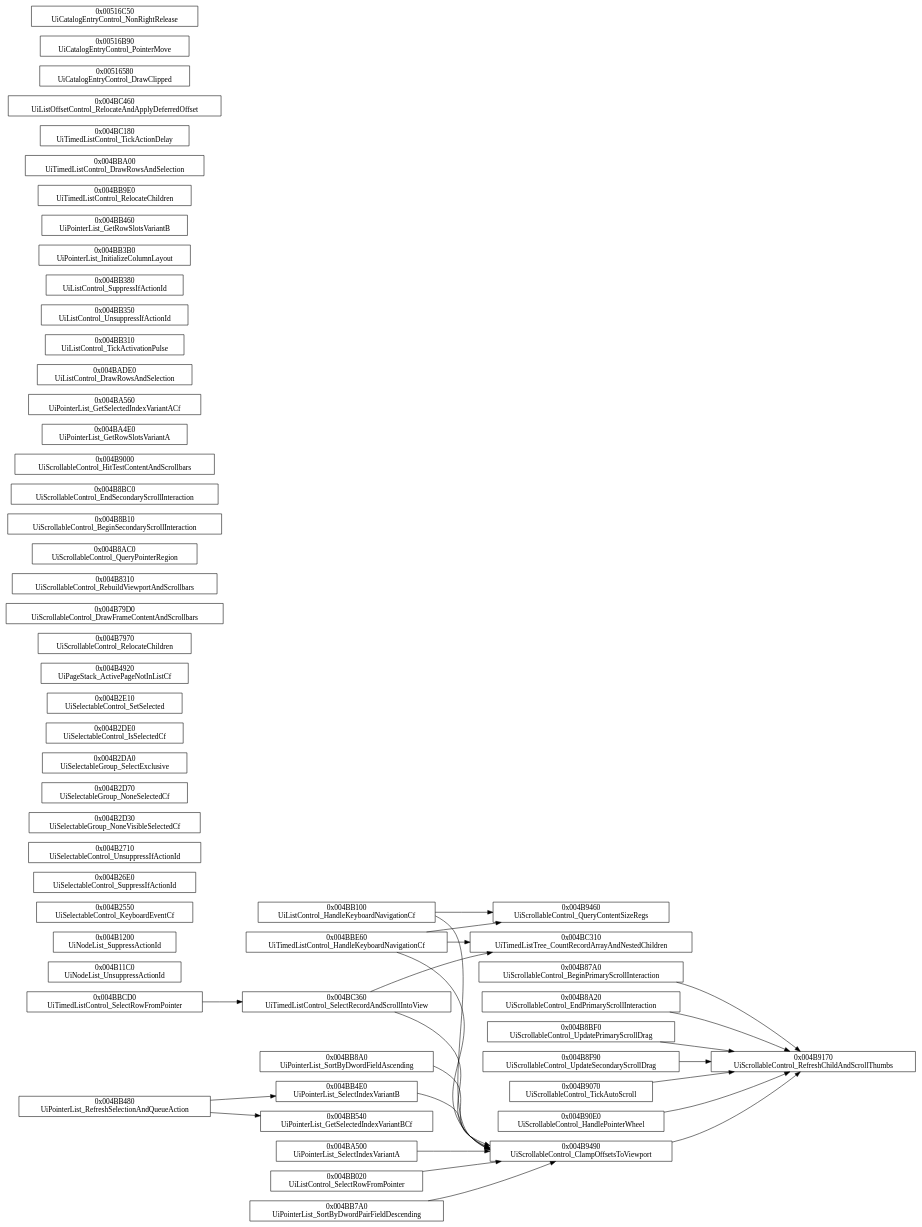
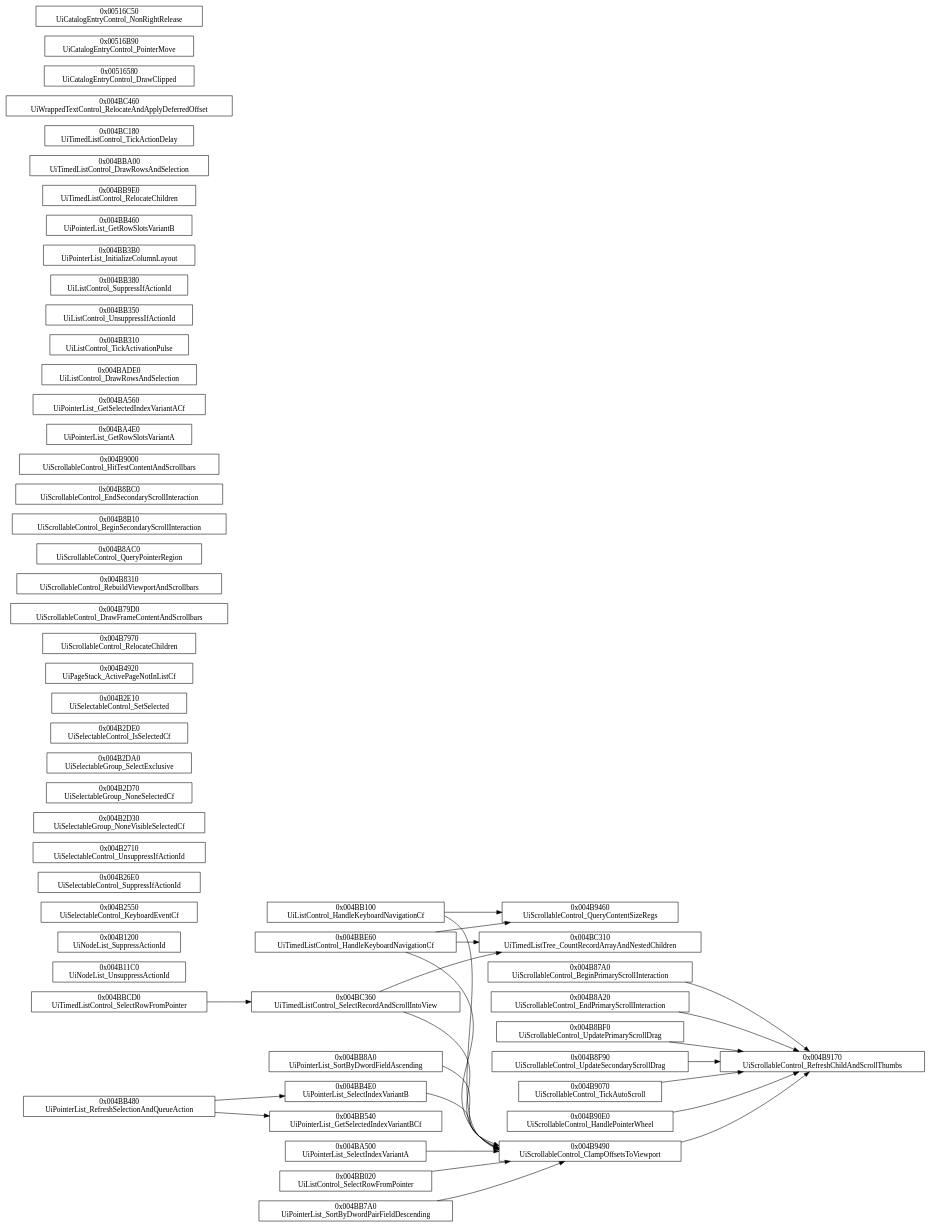
The diagram in docs/callgraphs/ui/controls/lists.dot (idkFoxes/open-thandor), drawn with Graphviz before and after one commit. The commit also changed 20 other files, not shown here.

First line of the commit message:
Name the text label classes for what they are; transfer progress gauge node

```diff
--- a/docs/callgraphs/ui/controls/lists.dot
+++ b/docs/callgraphs/ui/controls/lists.dot
@@ -1,80 +1,80 @@
 digraph thandor {
   rankdir=LR;
   node [shape=box];
   "UiTimedListControl_HandleKeyboardNavigationCf" [label="0x004BBE60\nUiTimedListControl_HandleKeyboardNavigationCf"];
   "UiListControl_HandleKeyboardNavigationCf" [label="0x004BB100\nUiListControl_HandleKeyboardNavigationCf"];
   "UiPointerList_RefreshSelectionAndQueueAction" [label="0x004BB480\nUiPointerList_RefreshSelectionAndQueueAction"];
   "UiScrollableControl_BeginPrimaryScrollInteraction" [label="0x004B87A0\nUiScrollableControl_BeginPrimaryScrollInteraction"];
   "UiScrollableControl_EndPrimaryScrollInteraction" [label="0x004B8A20\nUiScrollableControl_EndPrimaryScrollInteraction"];
   "UiScrollableControl_UpdatePrimaryScrollDrag" [label="0x004B8BF0\nUiScrollableControl_UpdatePrimaryScrollDrag"];
   "UiScrollableControl_UpdateSecondaryScrollDrag" [label="0x004B8F90\nUiScrollableControl_UpdateSecondaryScrollDrag"];
   "UiScrollableControl_TickAutoScroll" [label="0x004B9070\nUiScrollableControl_TickAutoScroll"];
   "UiScrollableControl_HandlePointerWheel" [label="0x004B90E0\nUiScrollableControl_HandlePointerWheel"];
   "UiPointerList_SelectIndexVariantA" [label="0x004BA500\nUiPointerList_SelectIndexVariantA"];
   "UiListControl_SelectRowFromPointer" [label="0x004BB020\nUiListControl_SelectRowFromPointer"];
   "UiPointerList_SortByDwordPairFieldDescending" [label="0x004BB7A0\nUiPointerList_SortByDwordPairFieldDescending"];
   "UiPointerList_SortByDwordFieldAscending" [label="0x004BB8A0\nUiPointerList_SortByDwordFieldAscending"];
   "UiTimedListControl_SelectRowFromPointer" [label="0x004BBCD0\nUiTimedListControl_SelectRowFromPointer"];
   "UiNodeList_UnsuppressActionId" [label="0x004B11C0\nUiNodeList_UnsuppressActionId"];
   "UiNodeList_SuppressActionId" [label="0x004B1200\nUiNodeList_SuppressActionId"];
   "UiSelectableControl_KeyboardEventCf" [label="0x004B2550\nUiSelectableControl_KeyboardEventCf"];
   "UiSelectableControl_SuppressIfActionId" [label="0x004B26E0\nUiSelectableControl_SuppressIfActionId"];
   "UiSelectableControl_UnsuppressIfActionId" [label="0x004B2710\nUiSelectableControl_UnsuppressIfActionId"];
   "UiSelectableGroup_NoneVisibleSelectedCf" [label="0x004B2D30\nUiSelectableGroup_NoneVisibleSelectedCf"];
   "UiSelectableGroup_NoneSelectedCf" [label="0x004B2D70\nUiSelectableGroup_NoneSelectedCf"];
   "UiSelectableGroup_SelectExclusive" [label="0x004B2DA0\nUiSelectableGroup_SelectExclusive"];
   "UiSelectableControl_IsSelectedCf" [label="0x004B2DE0\nUiSelectableControl_IsSelectedCf"];
   "UiSelectableControl_SetSelected" [label="0x004B2E10\nUiSelectableControl_SetSelected"];
   "UiPageStack_ActivePageNotInListCf" [label="0x004B4920\nUiPageStack_ActivePageNotInListCf"];
   "UiScrollableControl_RelocateChildren" [label="0x004B7970\nUiScrollableControl_RelocateChildren"];
   "UiScrollableControl_DrawFrameContentAndScrollbars" [label="0x004B79D0\nUiScrollableControl_DrawFrameContentAndScrollbars"];
   "UiScrollableControl_RebuildViewportAndScrollbars" [label="0x004B8310\nUiScrollableControl_RebuildViewportAndScrollbars"];
   "UiScrollableControl_QueryPointerRegion" [label="0x004B8AC0\nUiScrollableControl_QueryPointerRegion"];
   "UiScrollableControl_BeginSecondaryScrollInteraction" [label="0x004B8B10\nUiScrollableControl_BeginSecondaryScrollInteraction"];
   "UiScrollableControl_EndSecondaryScrollInteraction" [label="0x004B8BC0\nUiScrollableControl_EndSecondaryScrollInteraction"];
   "UiScrollableControl_HitTestContentAndScrollbars" [label="0x004B9000\nUiScrollableControl_HitTestContentAndScrollbars"];
   "UiPointerList_GetRowSlotsVariantA" [label="0x004BA4E0\nUiPointerList_GetRowSlotsVariantA"];
   "UiPointerList_GetSelectedIndexVariantACf" [label="0x004BA560\nUiPointerList_GetSelectedIndexVariantACf"];
   "UiListControl_DrawRowsAndSelection" [label="0x004BADE0\nUiListControl_DrawRowsAndSelection"];
   "UiListControl_TickActivationPulse" [label="0x004BB310\nUiListControl_TickActivationPulse"];
   "UiListControl_UnsuppressIfActionId" [label="0x004BB350\nUiListControl_UnsuppressIfActionId"];
   "UiListControl_SuppressIfActionId" [label="0x004BB380\nUiListControl_SuppressIfActionId"];
   "UiPointerList_InitializeColumnLayout" [label="0x004BB3B0\nUiPointerList_InitializeColumnLayout"];
   "UiPointerList_GetRowSlotsVariantB" [label="0x004BB460\nUiPointerList_GetRowSlotsVariantB"];
   "UiTimedListControl_RelocateChildren" [label="0x004BB9E0\nUiTimedListControl_RelocateChildren"];
   "UiTimedListControl_DrawRowsAndSelection" [label="0x004BBA00\nUiTimedListControl_DrawRowsAndSelection"];
   "UiTimedListControl_TickActionDelay" [label="0x004BC180\nUiTimedListControl_TickActionDelay"];
-  "UiListOffsetControl_RelocateAndApplyDeferredOffset" [label="0x004BC460\nUiListOffsetControl_RelocateAndApplyDeferredOffset"];
+  "UiWrappedTextControl_RelocateAndApplyDeferredOffset" [label="0x004BC460\nUiWrappedTextControl_RelocateAndApplyDeferredOffset"];
   "UiCatalogEntryControl_DrawClipped" [label="0x00516580\nUiCatalogEntryControl_DrawClipped"];
   "UiCatalogEntryControl_PointerMove" [label="0x00516B90\nUiCatalogEntryControl_PointerMove"];
   "UiCatalogEntryControl_NonRightRelease" [label="0x00516C50\nUiCatalogEntryControl_NonRightRelease"];
   "UiTimedListControl_SelectRecordAndScrollIntoView" [label="0x004BC360\nUiTimedListControl_SelectRecordAndScrollIntoView"];
   "UiPointerList_SelectIndexVariantB" [label="0x004BB4E0\nUiPointerList_SelectIndexVariantB"];
   "UiPointerList_GetSelectedIndexVariantBCf" [label="0x004BB540\nUiPointerList_GetSelectedIndexVariantBCf"];
   "UiScrollableControl_QueryContentSizeRegs" [label="0x004B9460\nUiScrollableControl_QueryContentSizeRegs"];
   "UiTimedListTree_CountRecordArrayAndNestedChildren" [label="0x004BC310\nUiTimedListTree_CountRecordArrayAndNestedChildren"];
   "UiScrollableControl_RefreshChildAndScrollThumbs" [label="0x004B9170\nUiScrollableControl_RefreshChildAndScrollThumbs"];
   "UiScrollableControl_ClampOffsetsToViewport" [label="0x004B9490\nUiScrollableControl_ClampOffsetsToViewport"];
   "UiTimedListControl_HandleKeyboardNavigationCf" -> "UiScrollableControl_QueryContentSizeRegs";
   "UiTimedListControl_HandleKeyboardNavigationCf" -> "UiTimedListTree_CountRecordArrayAndNestedChildren";
   "UiTimedListControl_HandleKeyboardNavigationCf" -> "UiScrollableControl_ClampOffsetsToViewport";
   "UiListControl_HandleKeyboardNavigationCf" -> "UiScrollableControl_QueryContentSizeRegs";
   "UiListControl_HandleKeyboardNavigationCf" -> "UiScrollableControl_ClampOffsetsToViewport";
   "UiPointerList_RefreshSelectionAndQueueAction" -> "UiPointerList_GetSelectedIndexVariantBCf";
   "UiPointerList_RefreshSelectionAndQueueAction" -> "UiPointerList_SelectIndexVariantB";
   "UiScrollableControl_BeginPrimaryScrollInteraction" -> "UiScrollableControl_RefreshChildAndScrollThumbs";
   "UiScrollableControl_EndPrimaryScrollInteraction" -> "UiScrollableControl_RefreshChildAndScrollThumbs";
   "UiScrollableControl_UpdatePrimaryScrollDrag" -> "UiScrollableControl_RefreshChildAndScrollThumbs";
   "UiScrollableControl_UpdateSecondaryScrollDrag" -> "UiScrollableControl_RefreshChildAndScrollThumbs";
   "UiScrollableControl_TickAutoScroll" -> "UiScrollableControl_RefreshChildAndScrollThumbs";
   "UiScrollableControl_HandlePointerWheel" -> "UiScrollableControl_RefreshChildAndScrollThumbs";
   "UiPointerList_SelectIndexVariantA" -> "UiScrollableControl_ClampOffsetsToViewport";
   "UiListControl_SelectRowFromPointer" -> "UiScrollableControl_ClampOffsetsToViewport";
   "UiPointerList_SortByDwordPairFieldDescending" -> "UiScrollableControl_ClampOffsetsToViewport";
   "UiPointerList_SortByDwordFieldAscending" -> "UiScrollableControl_ClampOffsetsToViewport";
   "UiTimedListControl_SelectRowFromPointer" -> "UiTimedListControl_SelectRecordAndScrollIntoView";
   "UiTimedListControl_SelectRecordAndScrollIntoView" -> "UiTimedListTree_CountRecordArrayAndNestedChildren";
   "UiTimedListControl_SelectRecordAndScrollIntoView" -> "UiScrollableControl_ClampOffsetsToViewport";
   "UiPointerList_SelectIndexVariantB" -> "UiScrollableControl_ClampOffsetsToViewport";
   "UiScrollableControl_ClampOffsetsToViewport" -> "UiScrollableControl_RefreshChildAndScrollThumbs";
 }
```
